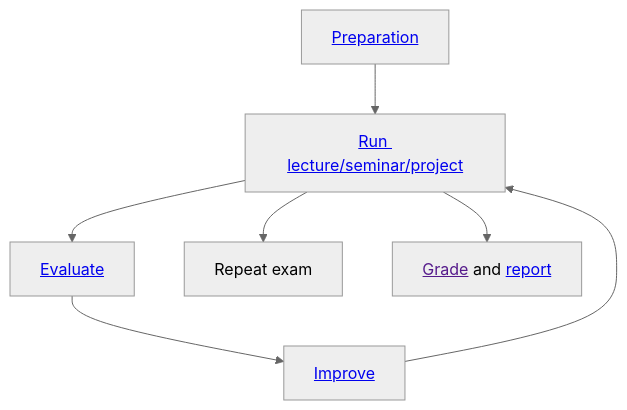
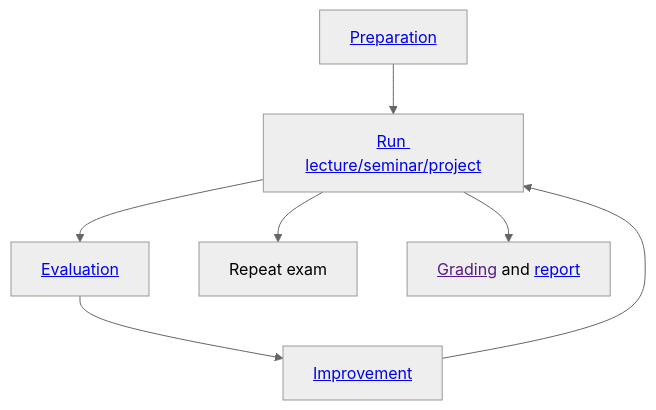
One commit to digital-work-lab/handbook changed the diagram in docs/30-teaching/30_processes/30.02.courses.md. Above: the diagram before and after it, drawn with Mermaid (neutral theme).

````diff
--- a/docs/30-teaching/30_processes/30.02.courses.md
+++ b/docs/30-teaching/30_processes/30.02.courses.md
@@ -13,11 +13,11 @@
 ```mermaid
 flowchart TB
 
     Prepare["<a href='30.09.new_modules.html'>Preparation</a>"] --> Run["<a href='30.19.virtual_campus.html'>Run lecture/seminar/project</a>"]
-    Run --> Evaluate["<a href='30.21.evaluations.html'>Evaluate</a>"]
-    Evaluate --> Improve["<a href='30.22.improvements.html'>Improve</a>"]
+    Run --> Evaluate["<a href='30.21.evaluations.html'>Evaluation</a>"]
+    Evaluate --> Improve["<a href='30.22.improvements.html'>Improvement</a>"]
     Improve --> Run
     Run --> Repeat[Repeat exam]
-    Run --> Grade["<a href=''>Grade</a> and <a href='30.20.reports.html'>report</a>"]
+    Run --> Grade["<a href=''>Grading</a> and <a href='30.20.reports.html'>report</a>"]
 
 ```
````
